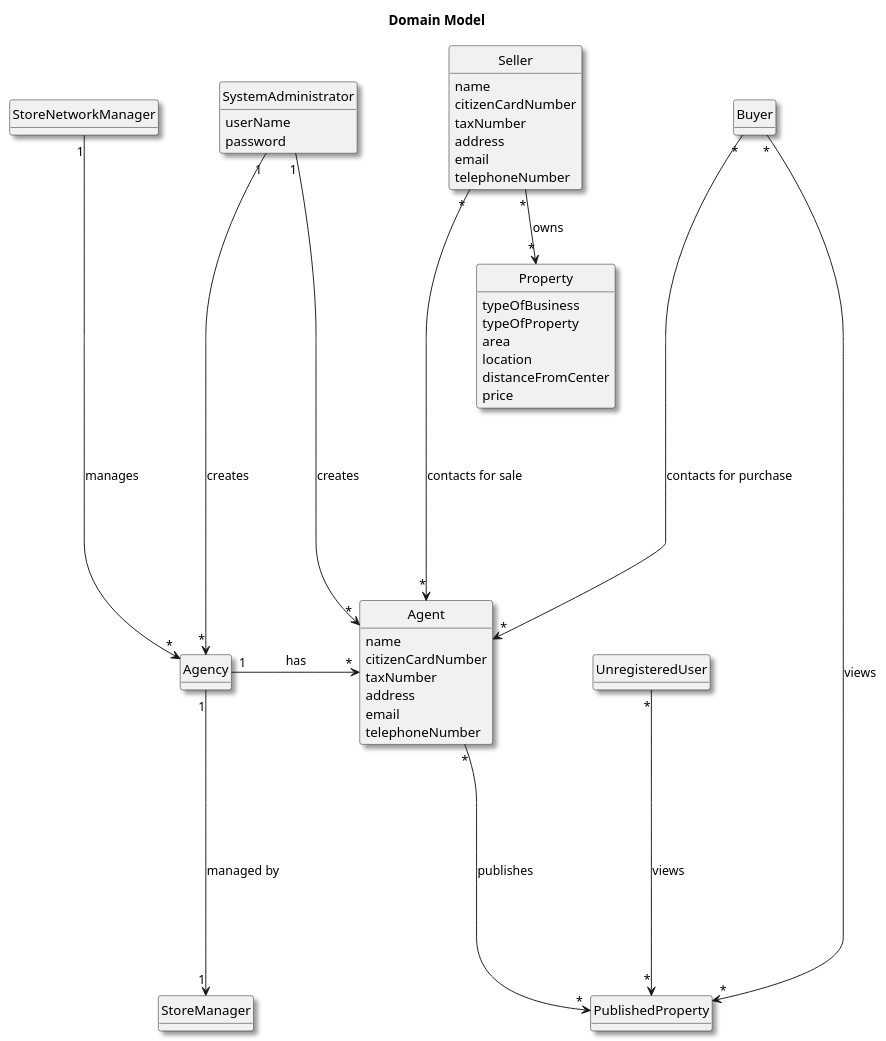
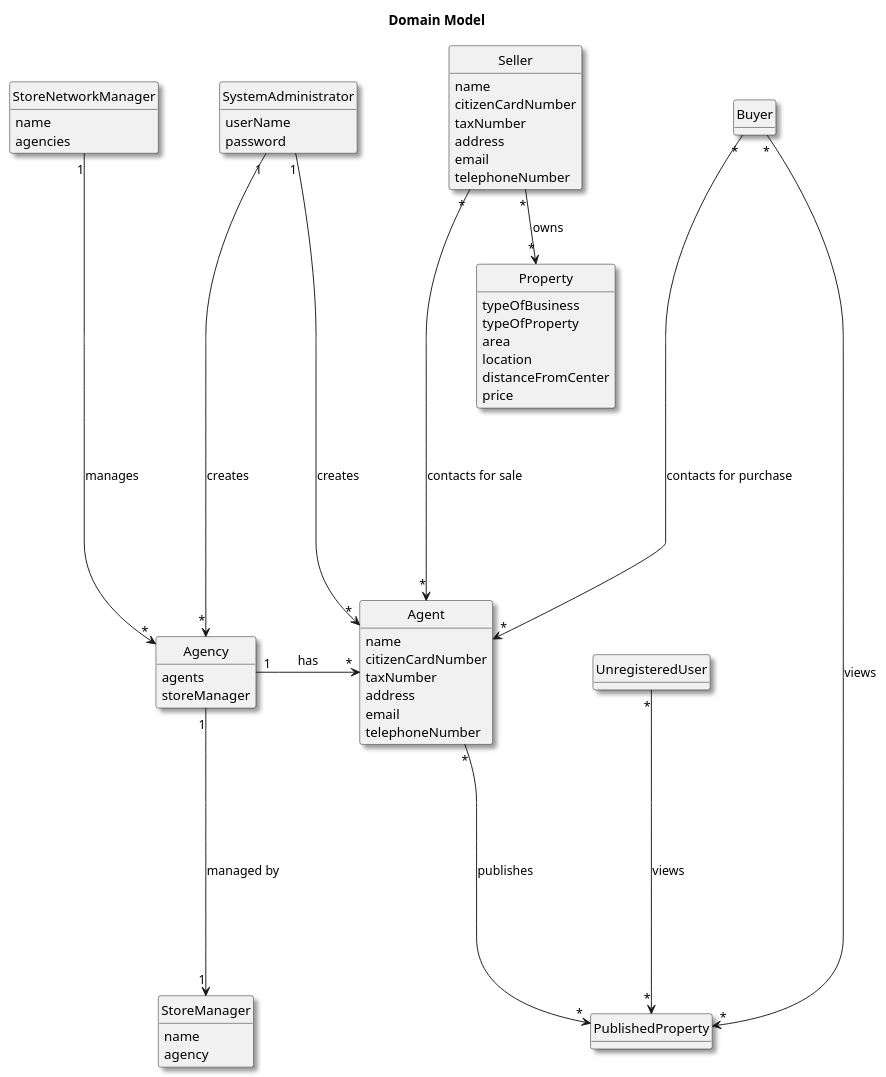
One commit to Goncalves2525/real-estate-management-system changed the diagram in docs/sprintA/global-artifacts/02.analysis/puml/project-domain-model-right-alternative.puml. Above: the diagram before and after it, drawn with PlantUML. The commit also changed 9 other files, not shown here.

```diff
--- a/docs/sprintA/global-artifacts/02.analysis/puml/project-domain-model-right-alternative.puml
+++ b/docs/sprintA/global-artifacts/02.analysis/puml/project-domain-model-right-alternative.puml
@@ -1,100 +1,106 @@
 @startuml
 skinparam monochrome false
 skinparam packageStyle rectangle
 skinparam shadowing true
 'skinparam linetype ortho
 skinparam classAttributeIconSize 0
 'skinparam groupInheritance 2
 'skinparam linetype polyline
 
 'hide attributes
 hide circle
 hide methods
 'left to right direction
 title Domain Model
 
 class StoreNetworkManager{
+    name
+    agencies
 }
 
 class SystemAdministrator{
    userName
    password
 }
 
 class StoreManager{
+    name
+    agency
 }
 
 class Property{
     typeOfBusiness
     typeOfProperty
     area
     location
     distanceFromCenter
     price
 }
 
 class Agent{
     name
     citizenCardNumber
     taxNumber
     address
     email
     telephoneNumber
 }
 
 class Agency{
+    agents
+    storeManager
 }
 
 class Buyer{
 }
 
 class Seller{
     name
     citizenCardNumber
     taxNumber
     address
     email
     telephoneNumber
 
 }
 
 class UnregisteredUser{
 }
 
 class PublishedProperty{
 }
 
 SystemAdministrator "1" -----> "*" Agent : creates
 SystemAdministrator "1" -----> "*" Agency : creates
 Buyer "*" -----> "*" Agent : contacts for purchase
 Buyer "*" -----> "*" PublishedProperty : views
 Seller "*" -----> "*" Agent : contacts for sale
 StoreNetworkManager "1" -----> "*" Agency : manages
 Agency "1" -----> "1" StoreManager  : managed by
 Agent "*" -----> "*" PublishedProperty : publishes
 Agency "1" -> "*" Agent : has
 Seller "*" --> "*" Property : owns
 UnregisteredUser "*" -----> "*" PublishedProperty : views
 
 'SystemAdministrator "1" -right "*" Employee : registers
 'PropertyOwner "1" --> "*" PropertyOrder : requests advertisement
 'PropertyOwner "1" --> "1" Agent : contacts
 'Agent "1" ----> "*" PropertyOrder : reviews
 'Agent "1" -----> "*" Property : publishes
 'UnregisteredUser "1" ---> "*" Property: can list
 
 'Client <|---- RegisteredUser
 'Client <|--- UnregisteredUser
 'Client <|---- PropertyOwner
 'User <|-- Client
 'User <|-- Employee
 'Employee <|-- Agent
 'Employee <|----- StoreManager
 'Employee <|----- StoreNetworkManager
 'Property <|-- House
 'Property <|-- Apartment
 'Property <|-- Land
 'Employee <|-- SystemAdministrator
 
 
 @enduml
```
